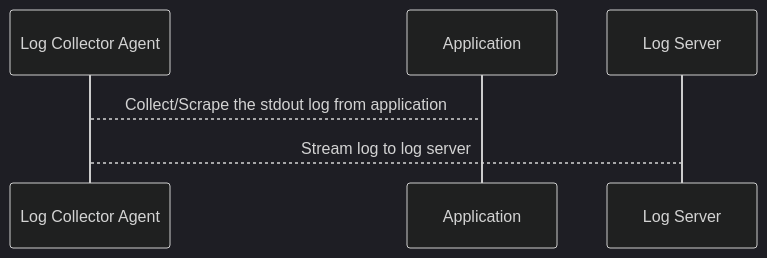
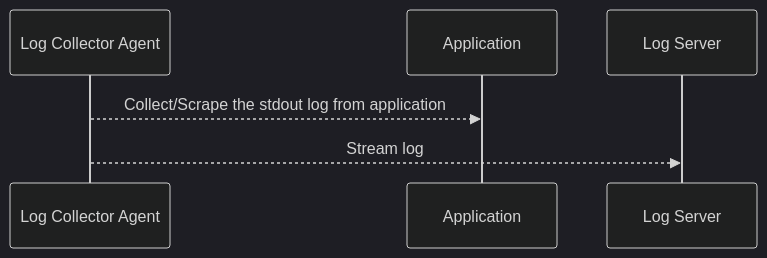
One commit to be99inner/devops-challenge changed the first of 2 diagrams in application/ARCHITECTURE.md. Above: the diagram before and after it, drawn with Mermaid (dark theme). The commit also changed other lines of this file, not shown here.

Commit message:
doc: update recommended architecture

````diff
--- a/application/ARCHITECTURE.md
+++ b/application/ARCHITECTURE.md
@@ -12,6 +12,6 @@
 ```mermaid
 sequenceDiagram
-    Log Collector Agent --> Application: Collect/Scrape the stdout log from application
-    Log Collector Agent --> Log Server: Stream log to log server
+    Log Collector Agent -->> Application: Collect/Scrape the stdout log from application
+    Log Collector Agent -->> Log Server: Stream log
 
 ```
````
